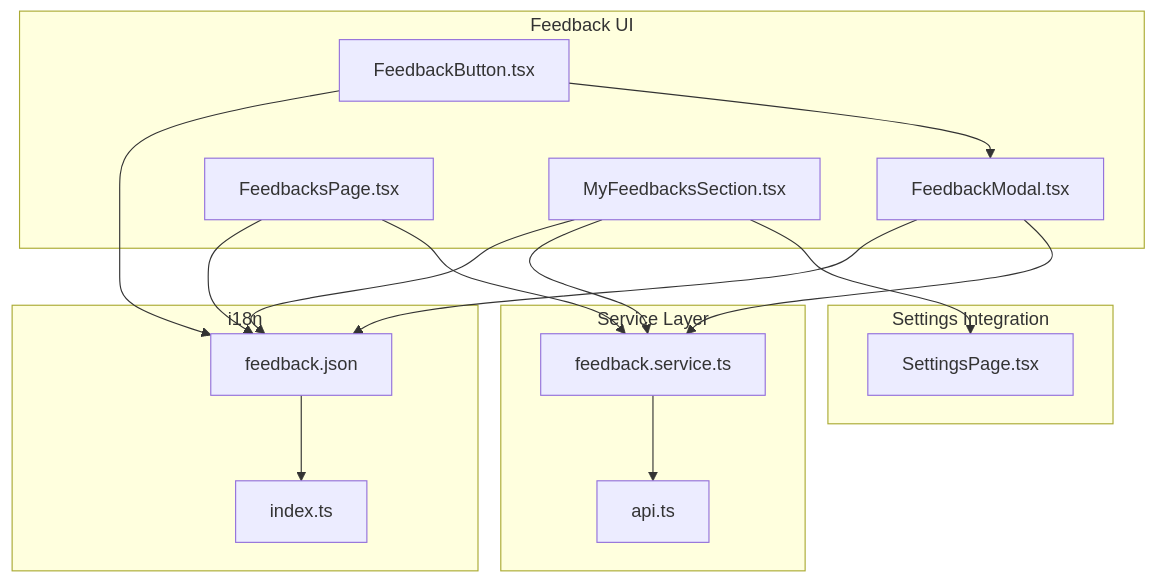
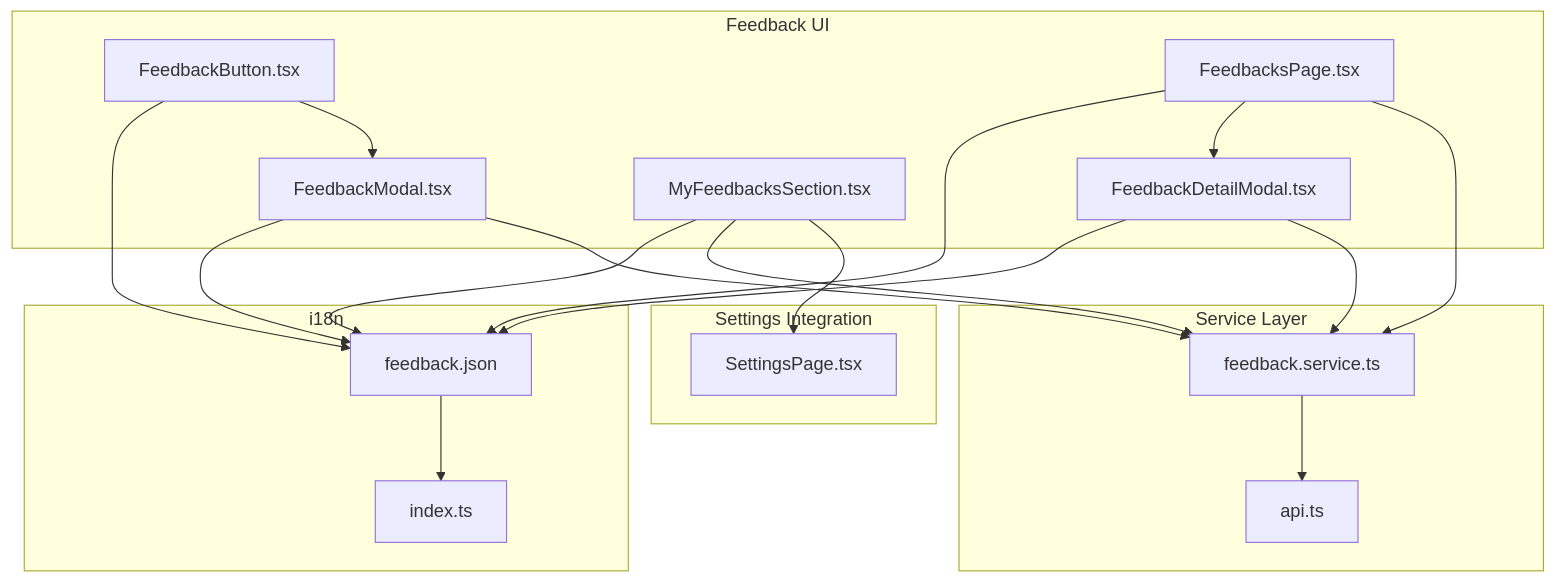
One commit to RobertRuas/windlog changed the first of 4 diagrams in .qoder/repowiki/en/content/Arquitetura Frontend/Módulo de Feedback - Frontend.md. Above: the diagram before and after it, drawn with Mermaid. The commit also changed other lines of this file and 105 other files, not shown here.

````diff
--- a/.qoder/repowiki/en/content/Arquitetura Frontend/Módulo de Feedback - Frontend.md
+++ b/.qoder/repowiki/en/content/Arquitetura Frontend/Módulo de Feedback - Frontend.md
@@ -46,31 +47,35 @@
 ```mermaid
 graph TB
 subgraph "Feedback UI"
 FB_Button["FeedbackButton.tsx"]
 FB_Modal["FeedbackModal.tsx"]
 FB_Page["FeedbacksPage.tsx"]
+FB_Detail["FeedbackDetailModal.tsx"]
 MF_Sections["MyFeedbacksSection.tsx"]
 end
 subgraph "Settings Integration"
 SP_Page["SettingsPage.tsx"]
 MF_Sections --> SP_Page
 end
 subgraph "Service Layer"
 FB_Service["feedback.service.ts"]
 API_Client["api.ts"]
 end
 subgraph "i18n"
 FB_Locales["feedback.json"]
 I18N_Index["index.ts"]
 end
 FB_Button --> FB_Modal
 FB_Page --> FB_Service
+FB_Page --> FB_Detail
 FB_Modal --> FB_Service
+FB_Detail --> FB_Service
 MF_Sections --> FB_Service
 FB_Service --> API_Client
 FB_Button --> FB_Locales
 FB_Modal --> FB_Locales
 FB_Page --> FB_Locales
+FB_Detail --> FB_Locales
 MF_Sections --> FB_Locales
 FB_Locales --> I18N_Index
 ```
````
